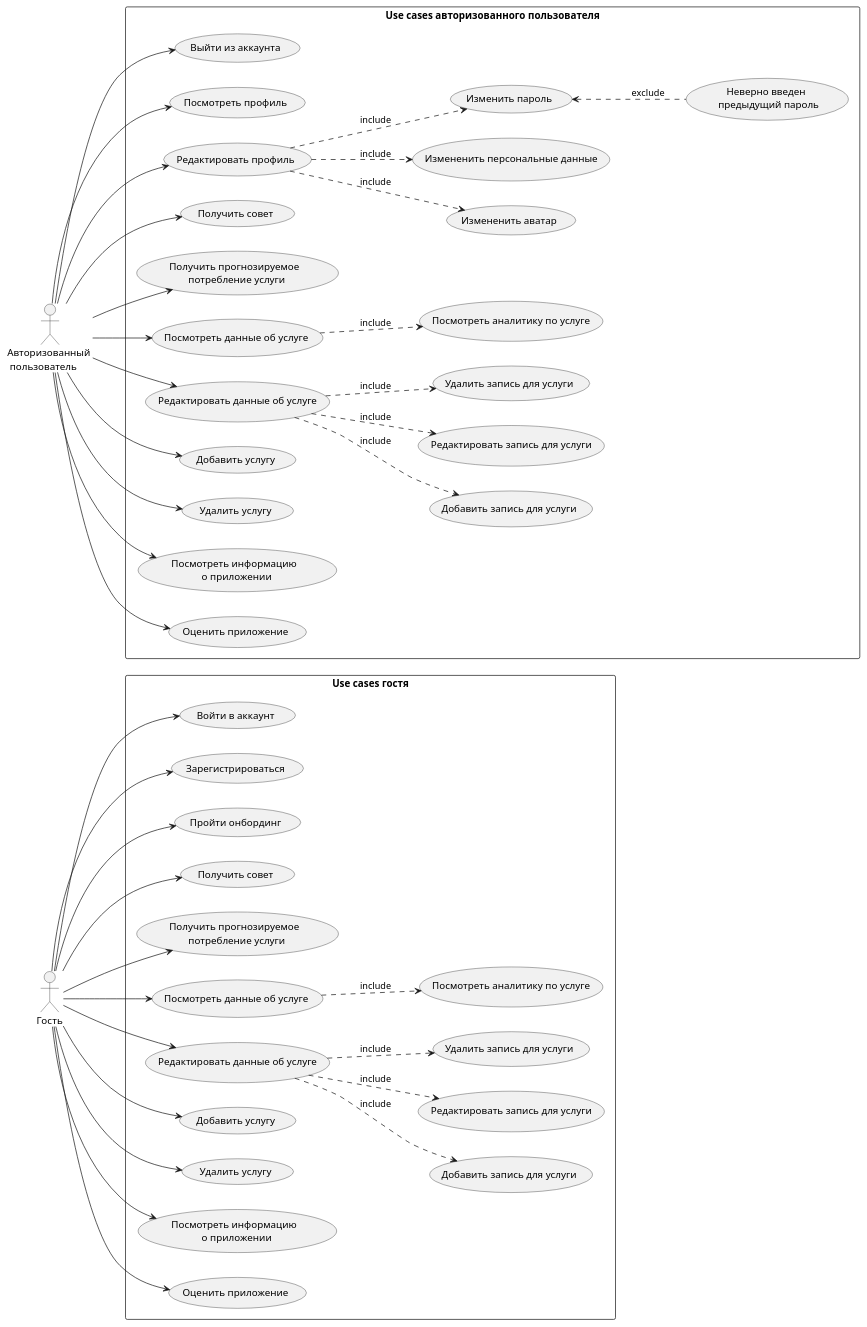
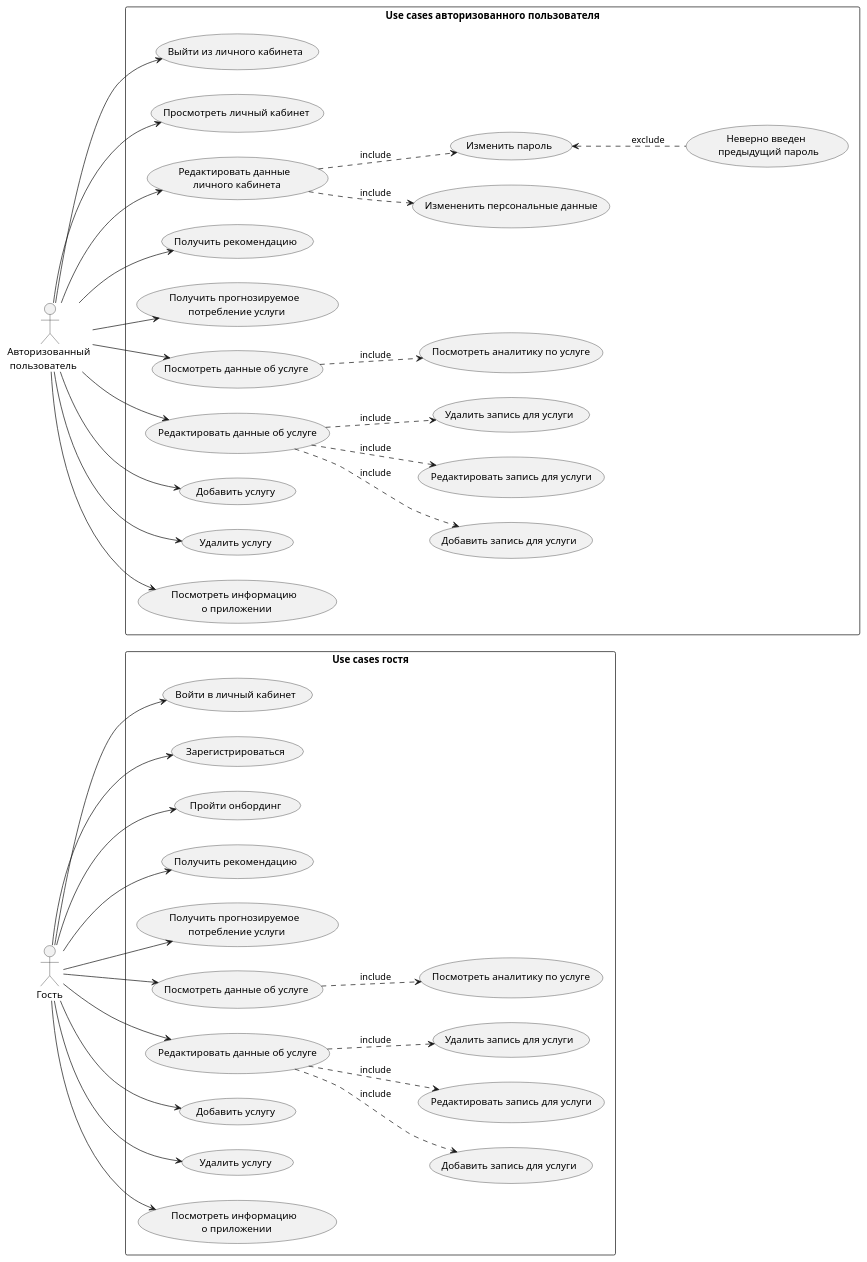
Before and after one commit to quicklybly/bills-collector: the diagram in documentation/diagrams/use-case-digram.pu, drawn with PlantUML. The commit also changed 1 other file, not shown here.

Commit message:
BILLS-41 fix use case diagram after review

```diff
--- a/documentation/diagrams/use-case-digram.pu
+++ b/documentation/diagrams/use-case-digram.pu
@@ -1,103 +1,96 @@
 @startuml
 left to right direction
 skinparam packageStyle rectangle
 
 actor Гость as G
 actor "Авторизованный \n пользователь" as U
 
 rectangle "Use cases гостя" {
-    usecase "Войти в аккаунт" as Login
+    usecase "Войти в личный кабинет" as Login
     usecase "Зарегистрироваться" as Registration
     usecase "Пройти онбординг" as Onboarding
 
-    usecase "Получить совет" as ReceiveAdviceG
+    usecase "Получить рекомендацию" as ReceiveAdviceG
 
     usecase "Получить прогнозируемое \n потребление услуги" as ReceiveExpectedG
 
     usecase "Посмотреть данные об услуге" as ViewBillG
     usecase "Посмотреть аналитику по услуге" as ViewBillAnalyticsG
 
     usecase "Редактировать данные об услуге" as EditBillG
     usecase "Добавить запись для услуги" as EditBillAddRecordG
     usecase "Редактировать запись для услуги" as EditBillEditRecordG
     usecase "Удалить запись для услуги" as EditBillDeleteRecordG
 
     usecase "Добавить услугу" as AddBillG
 
     usecase "Удалить услугу" as DeleteBillG
 
     usecase "Посмотреть информацию \n о приложении" as ViewAppInformationG
-    usecase "Оценить приложение" as RateAppG
 
     ViewBillG -.> ViewBillAnalyticsG : "include"
 
     EditBillG -.> EditBillAddRecordG : "include"
     EditBillG -.> EditBillEditRecordG : "include"
     EditBillG -.> EditBillDeleteRecordG : "include"
 
     G --> Login
     G --> Registration
     G --> Onboarding
     G --> ReceiveAdviceG
     G --> ReceiveExpectedG
     G --> ViewBillG
     G --> EditBillG
     G --> AddBillG
     G --> DeleteBillG
     G --> ViewAppInformationG
-    G --> RateAppG
 }
 
 rectangle "Use cases авторизованного пользователя" {
-    usecase "Выйти из аккаунта" as Logout
+    usecase "Выйти из личного кабинета" as Logout
 
-    usecase "Посмотреть профиль" as ProfileView
-    usecase "Редактировать профиль" as ProfileEdit
-    usecase "Измененить аватар" as ProfileEditAvatarChange
+    usecase "Просмотреть личный кабинет" as ProfileView
+    usecase "Редактировать данные \n личного кабинета" as ProfileEdit
     usecase "Измененить персональные данные" as ProfileEditPersonalInfoChange
     usecase "Изменить пароль" as ProfileEditChangePassword
     usecase "Неверно введен \n предыдущий пароль" as ProfileEditChangePasswordInvalidPassword
 
-    usecase "Получить совет" as ReceiveAdvice
+    usecase "Получить рекомендацию" as ReceiveAdvice
 
     usecase "Получить прогнозируемое \n потребление услуги" as ReceiveExpected
 
     usecase "Посмотреть данные об услуге" as ViewBill
     usecase "Посмотреть аналитику по услуге" as ViewBillAnalytics
 
     usecase "Редактировать данные об услуге" as EditBill
     usecase "Добавить запись для услуги" as EditBillAddRecord
     usecase "Редактировать запись для услуги" as EditBillEditRecord
     usecase "Удалить запись для услуги" as EditBillDeleteRecord
 
     usecase "Добавить услугу" as AddBill
 
     usecase "Удалить услугу" as DeleteBill
 
     usecase "Посмотреть информацию \n о приложении" as ViewAppInformation
-    usecase "Оценить приложение" as RateApp
 
-
-    ProfileEdit -.> ProfileEditAvatarChange : "include"
     ProfileEdit -.> ProfileEditPersonalInfoChange : "include"
     ProfileEdit -.> ProfileEditChangePassword : "include"
     ProfileEditChangePassword <.- ProfileEditChangePasswordInvalidPassword : "exclude"
 
     ViewBill -.> ViewBillAnalytics : "include"
 
     EditBill -.> EditBillAddRecord : "include"
     EditBill -.> EditBillEditRecord : "include"
     EditBill -.> EditBillDeleteRecord : "include"
 
     U --> Logout
     U --> ProfileView
     U --> ProfileEdit
     U --> ReceiveAdvice
     U --> ReceiveExpected
     U --> ViewBill
     U --> EditBill
     U --> AddBill
     U --> DeleteBill
     U --> ViewAppInformation
-    U --> RateApp
 @enduml
```
